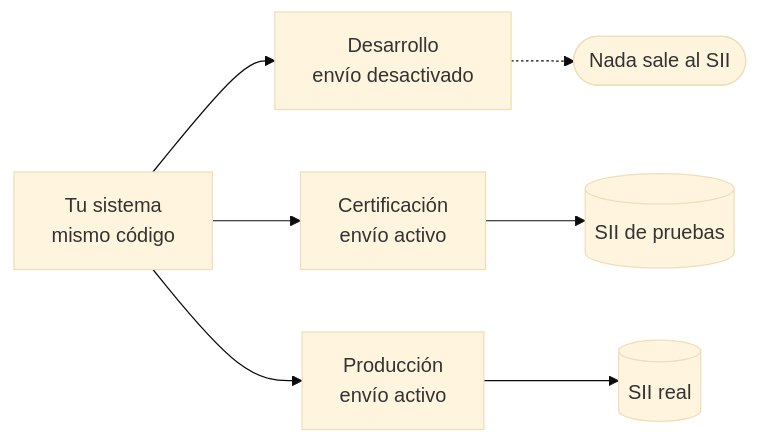
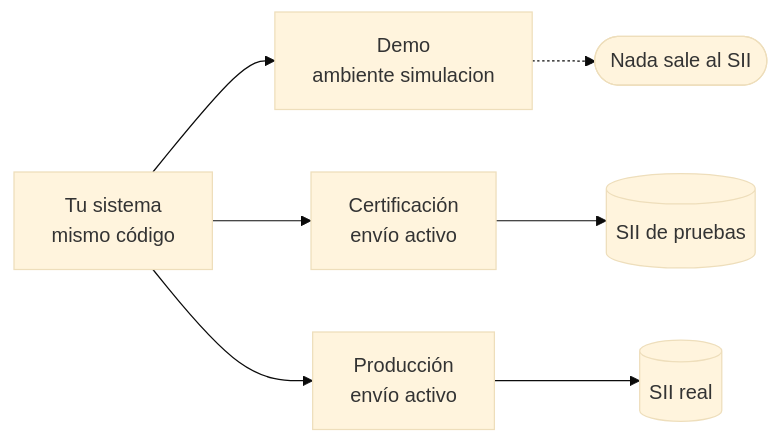
Before and after one commit to rashArt/faro-dte: the diagram in manual/docs/referencia/ambientes.md, drawn with Mermaid (base theme). The commit also changed other lines of this file and 63 other files, not shown here.

````diff
--- a/manual/docs/referencia/ambientes.md
+++ b/manual/docs/referencia/ambientes.md
@@ -6,7 +7,7 @@
 ```mermaid
 flowchart LR
     S[Tu sistema<br/>mismo código] --> L & C & P
-    L["Desarrollo<br/>envío desactivado"] -.-> N([Nada sale al SII])
+    L["Demo<br/>ambiente simulacion"] -.-> N([Nada sale al SII])
     C["Certificación<br/>envío activo"] --> SC[(SII de pruebas)]
     P["Producción<br/>envío activo"] --> SP[(SII real)]
 ```
````
